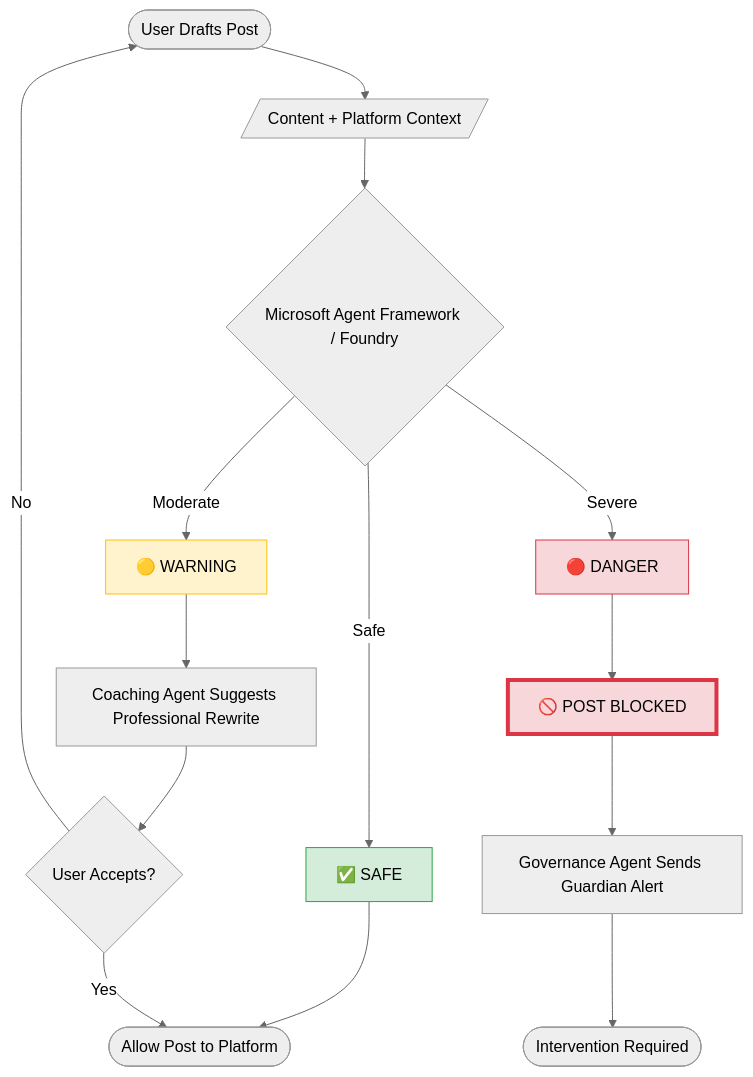
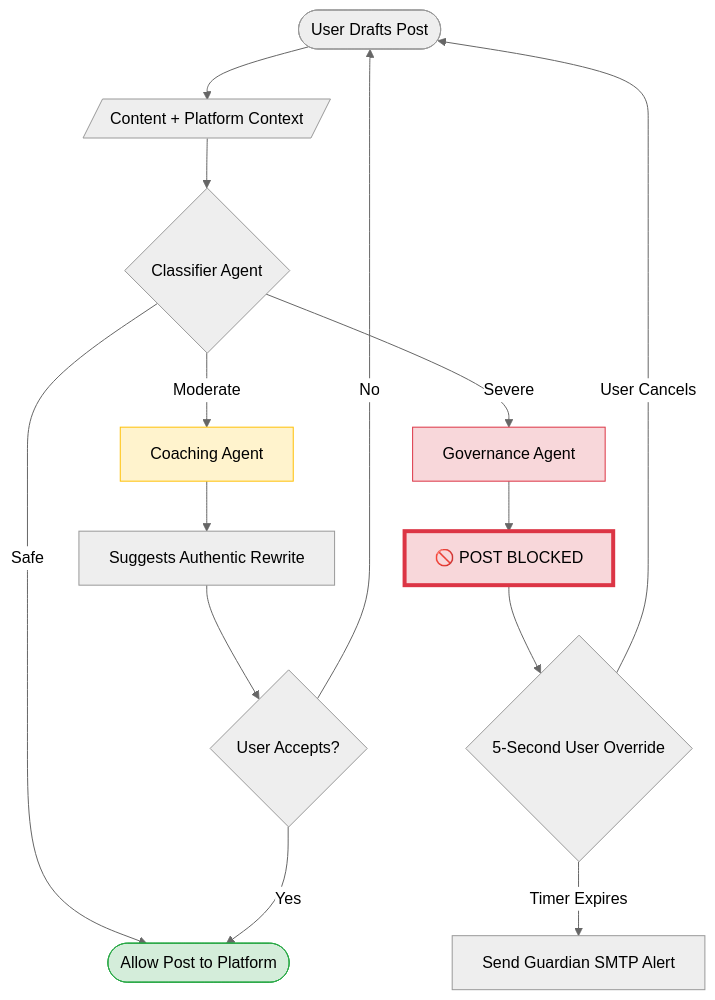
One commit to asaikavya/MindShield changed the diagram in README.md. Above: the diagram before and after it, drawn with Mermaid (neutral theme). The commit also changed other lines of this file, not shown here.

````diff
--- a/README.md
+++ b/README.md
@@ -89,25 +85,24 @@
 ```mermaid
 flowchart TD
     Start([User Drafts Post]) --> Input[/Content + Platform Context/]
-    Input --> AgentFramework{Microsoft Agent Framework / Foundry}
+    Input --> Classifier{Classifier Agent}
 
-    AgentFramework -->|Safe| SafeResult[✅ SAFE]
-    AgentFramework -->|Moderate| WarnResult[🟡 WARNING]
-    AgentFramework -->|Severe| DangerResult[🔴 DANGER]
-
-    SafeResult --> Publish([Allow Post to Platform])
+    Classifier -->|Safe| Publish([Allow Post to Platform])
     
-    WarnResult --> Rewrite[Coaching Agent Suggests Professional Rewrite]
+    Classifier -->|Moderate| Coach[Coaching Agent]
+    Coach --> Rewrite[Suggests Authentic Rewrite]
     Rewrite --> UserChoice{User Accepts?}
     UserChoice -->|Yes| Publish
     UserChoice -->|No| Start
 
-    DangerResult --> Block[🚫 POST BLOCKED]
-    Block --> Alert[Governance Agent Sends Guardian Alert]
-    Alert --> Support([Intervention Required])
+    Classifier -->|Severe| Governor[Governance Agent]
+    Governor --> Block[🚫 POST BLOCKED]
+    Block --> Timer{5-Second User Override}
+    Timer -->|User Cancels| Start
+    Timer -->|Timer Expires| Alert[Send Guardian SMTP Alert]
 
-    style SafeResult fill:#d4edda,stroke:#28a745
-    style WarnResult fill:#fff3cd,stroke:#ffc107
-    style DangerResult fill:#f8d7da,stroke:#dc3545
+    style Publish fill:#d4edda,stroke:#28a745
+    style Coach fill:#fff3cd,stroke:#ffc107
+    style Governor fill:#f8d7da,stroke:#dc3545
     style Block fill:#f8d7da,stroke:#dc3545,stroke-width:4px
 ```
````
